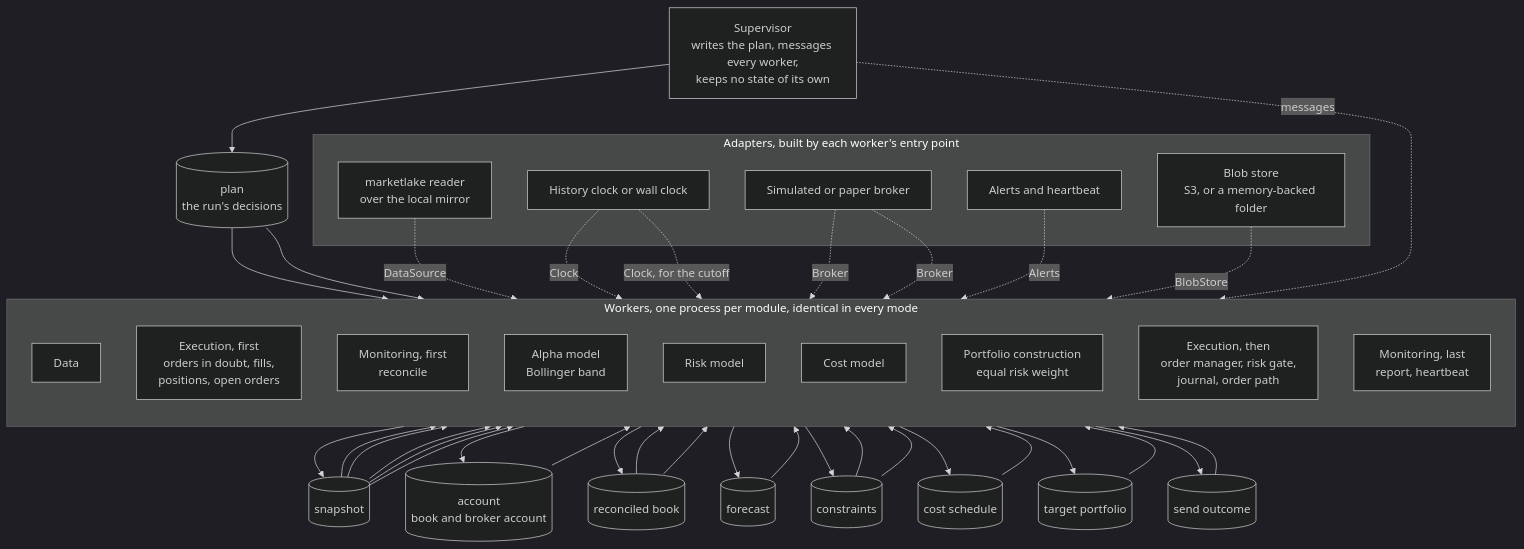
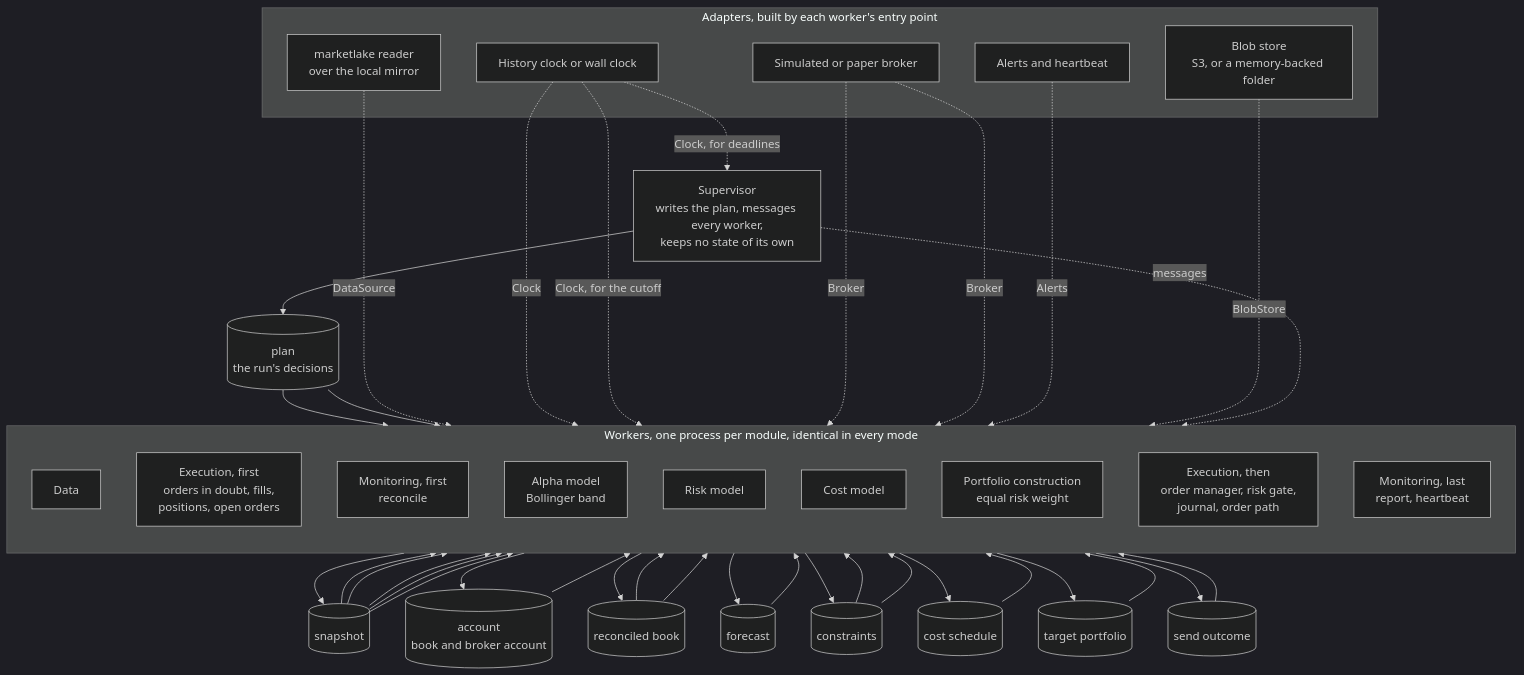
The second of 16 diagrams in docs/architecture.md (l3a0/ithildin-runtime), drawn with Mermaid (dark theme) before and after one commit. The commit also changed other lines of this file and 2 other files, not shown here.

First line of the commit message:
docs(architecture): scrub the diagrams and prose against the latest design

````diff
--- a/docs/architecture.md
+++ b/docs/architecture.md
@@ -278,63 +273,64 @@
 ```mermaid
 flowchart TB
     sup["Supervisor<br/>writes the plan, messages every worker,<br/>keeps no state of its own"]
     plan[("plan<br/>the run's decisions")]
     sup --> plan
 
     subgraph workers["Workers, one process per module, identical in every mode"]
         direction TB
         data["Data"]
         exec_recover["Execution, first<br/>orders in doubt, fills,<br/>positions, open orders"]
         mon_recon["Monitoring, first<br/>reconcile"]
         alpha["Alpha model<br/>Bollinger band"]
         risk["Risk model"]
         cost["Cost model"]
         pc["Portfolio construction<br/>equal risk weight"]
         exec_send["Execution, then<br/>order manager, risk gate,<br/>journal, order path"]
         mon_report["Monitoring, last<br/>report, heartbeat"]
     end
 
     snap[("snapshot")]
     acct[("account<br/>book and broker account")]
     book[("reconciled book")]
     fc[("forecast")]
     cons[("constraints")]
     sched[("cost schedule")]
     target[("target portfolio")]
     outcome[("send outcome")]
 
     plan --> data
     plan --> exec_recover
     snap --> exec_recover
     data --> snap
     exec_recover --> acct --> mon_recon --> book
     snap --> alpha --> fc
     snap --> risk
     book --> risk --> cons
     snap --> cost --> sched
     fc --> pc
     cons --> pc
     sched --> pc
     book --> pc --> target
     target --> exec_send
     cons --> exec_send
     snap --> exec_send
     exec_send --> outcome --> mon_report
 
     subgraph adapters["Adapters, built by each worker's entry point"]
         lakesrc["marketlake reader<br/>over the local mirror"]
         clock["History clock or wall clock"]
         broker["Simulated or paper broker"]
         store["Blob store<br/>S3, or a memory-backed folder"]
         alertsink["Alerts and heartbeat"]
     end
 
     lakesrc -. "DataSource" .-> data
     clock -. "Clock" .-> data
+    clock -. "Clock, for deadlines" .-> sup
     clock -. "Clock, for the cutoff" .-> exec_send
     broker -. "Broker" .-> exec_recover
     broker -. "Broker" .-> exec_send
     store -. "BlobStore" .-> workers
     alertsink -. "Alerts" .-> mon_report
     sup -. "messages" .-> workers
 ```
````
